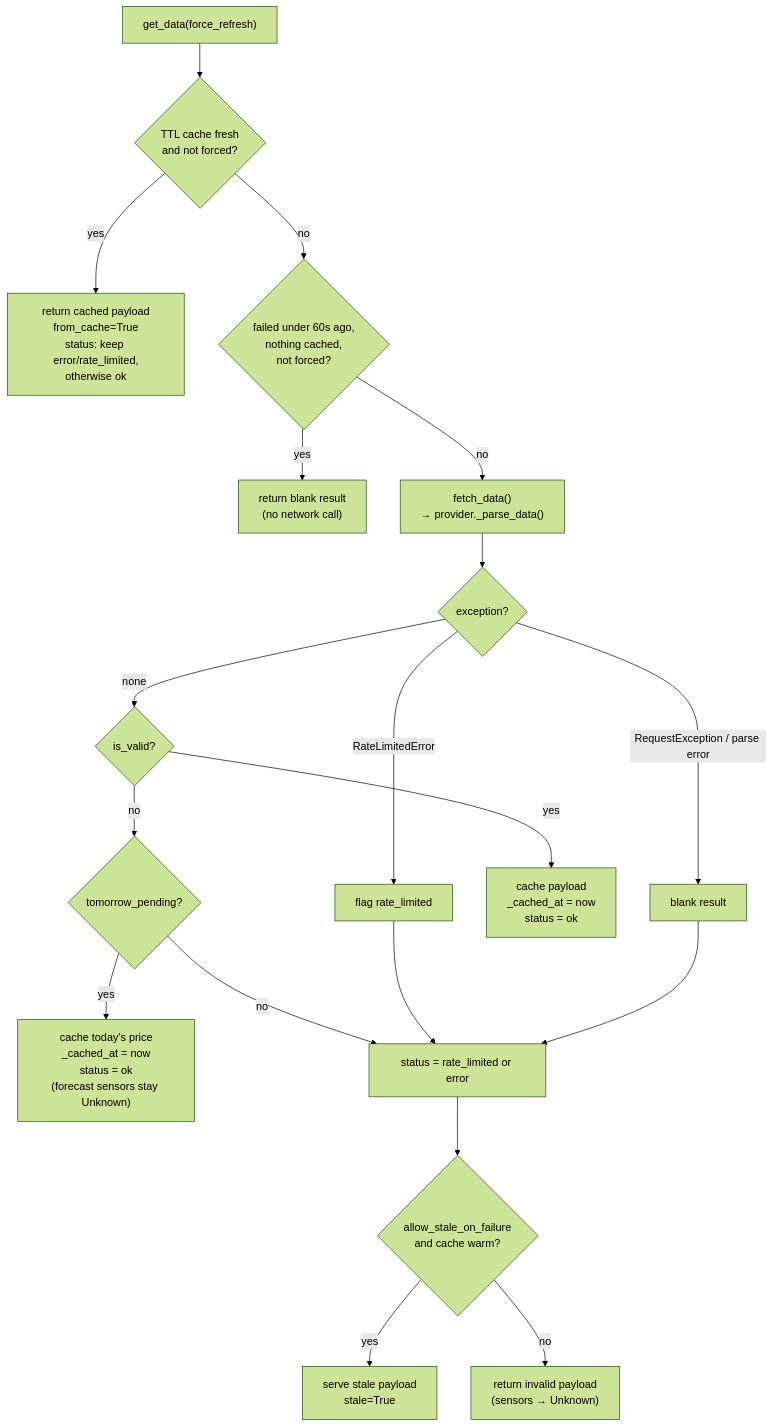
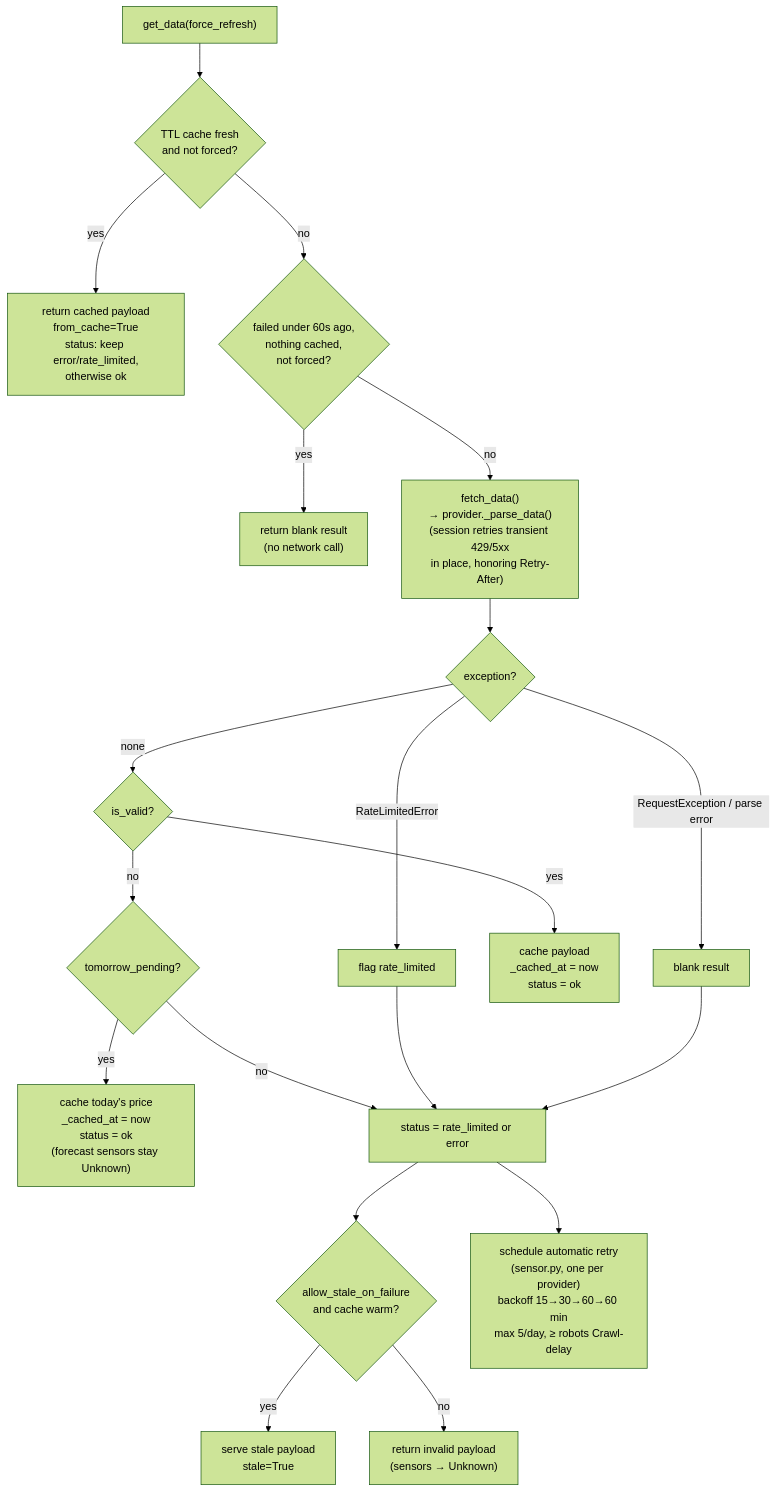
One commit to meokey/smart-fuel-price changed the second of 5 diagrams in docs/Architecture.md. Above: the diagram before and after it, drawn with Mermaid (forest theme). The commit also changed other lines of this file and 10 other files, not shown here.

````diff
--- a/docs/Architecture.md
+++ b/docs/Architecture.md
@@ -55,22 +55,23 @@
 ```mermaid
 flowchart TD
     A["get_data(force_refresh)"]
     A --> B{"TTL cache fresh<br/>and not forced?"}
     B -->|"yes"| C["return cached payload<br/>from_cache=True<br/>status: keep error/rate_limited,<br/>otherwise ok"]
     B -->|"no"| D{"failed under 60s ago,<br/>nothing cached,<br/>not forced?"}
     D -->|"yes"| E["return blank result<br/>(no network call)"]
-    D -->|"no"| F["fetch_data()<br/>→ provider._parse_data()"]
+    D -->|"no"| F["fetch_data()<br/>→ provider._parse_data()<br/>(session retries transient 429/5xx<br/>in place, honoring Retry-After)"]
     F --> G{"exception?"}
     G -->|"RateLimitedError"| H["flag rate_limited"]
     G -->|"RequestException / parse error"| I["blank result"]
     G -->|"none"| J{"is_valid?"}
     J -->|"yes"| K["cache payload<br/>_cached_at = now<br/>status = ok"]
     J -->|"no"| L{"tomorrow_pending?"}
     L -->|"yes"| M["cache today's price<br/>_cached_at = now<br/>status = ok<br/>(forecast sensors stay Unknown)"]
     L -->|"no"| N["status = rate_limited or error"]
     H --> N
     I --> N
     N --> O{"allow_stale_on_failure<br/>and cache warm?"}
     O -->|"yes"| P["serve stale payload<br/>stale=True"]
     O -->|"no"| Q["return invalid payload<br/>(sensors → Unknown)"]
+    N --> R["schedule automatic retry<br/>(sensor.py, one per provider)<br/>backoff 15→30→60→60 min<br/>max 5/day, ≥ robots Crawl-delay"]
 ```
````
